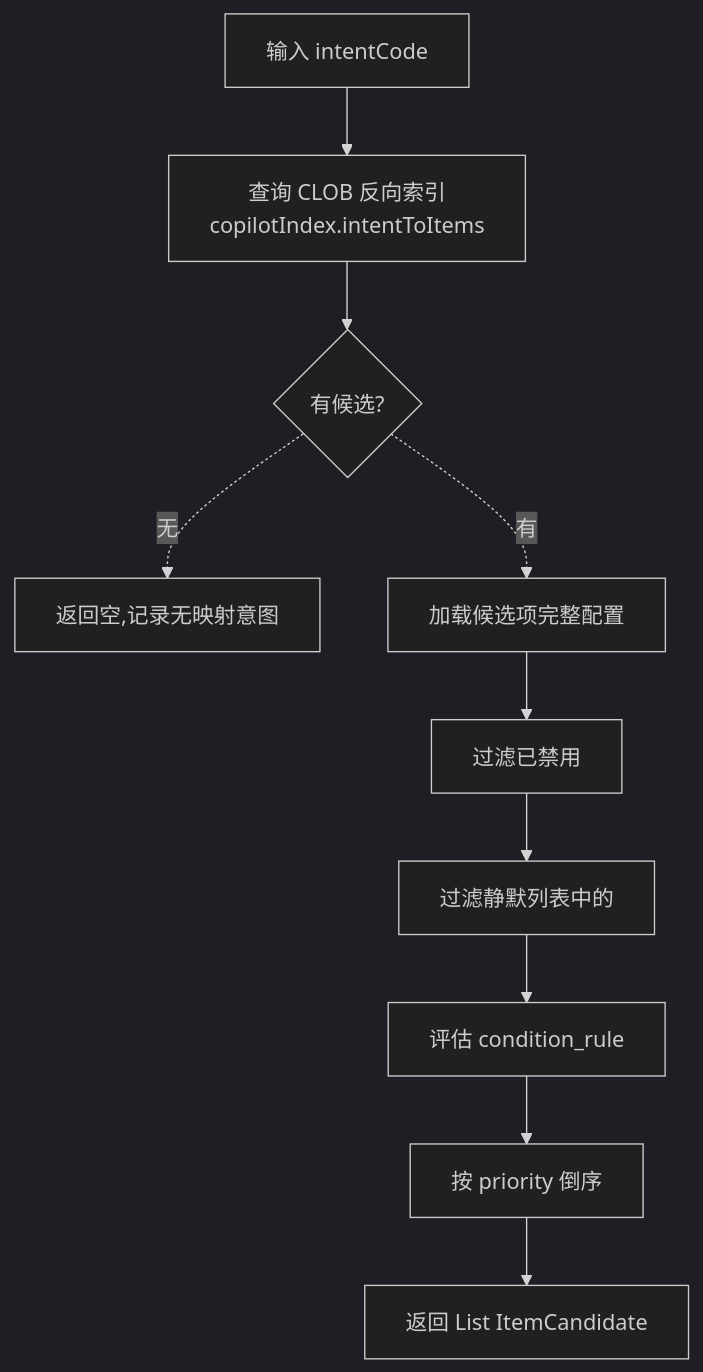
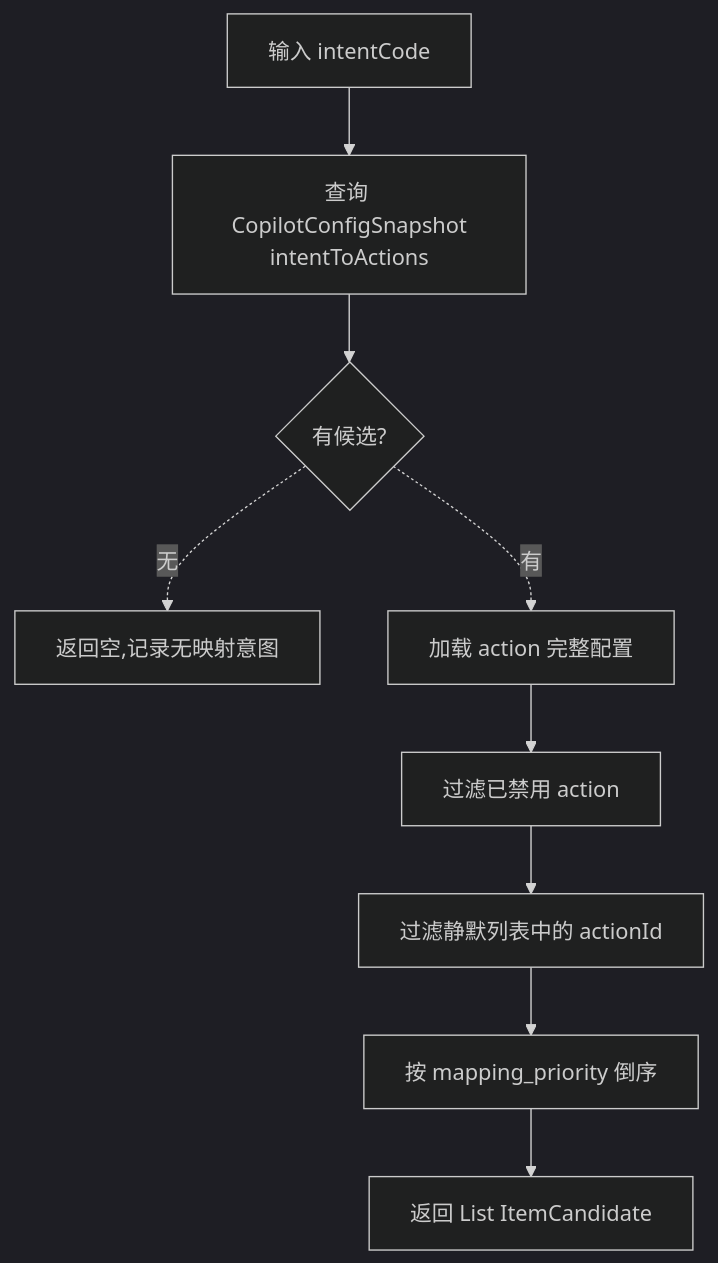
Diagram 11 of 24 in cs-copilot-service/docs/dd-v1.2.md (qzz617/copilot), drawn with Mermaid (dark theme) before and after one commit. The commit also changed other lines of this file and 24 other files, not shown here.

Commit message:
Align copilot action config schema

````diff
--- a/cs-copilot-service/docs/dd-v1.2.md
+++ b/cs-copilot-service/docs/dd-v1.2.md
@@ -1281,12 +1283,11 @@
 ```mermaid
 flowchart TD
-    A[输入 intentCode] --> B[查询 CLOB 反向索引<br/>copilotIndex.intentToItems]
+    A[输入 intentCode] --> B[查询 CopilotConfigSnapshot<br/>intentToActions]
     B --> C{有候选?}
     C -.无.-> X[返回空,记录无映射意图]
-    C -.有.-> D[加载候选项完整配置]
-    D --> E[过滤已禁用]
-    E --> F[过滤静默列表中的]
-    F --> G[评估 condition_rule]
-    G --> H[按 priority 倒序]
-    H --> I[返回 List ItemCandidate]
+    C -.有.-> D[加载 action 完整配置]
+    D --> E[过滤已禁用 action]
+    E --> F[过滤静默列表中的 actionId]
+    F --> G[按 mapping_priority 倒序]
+    G --> H[返回 List ItemCandidate]
 ```
````
